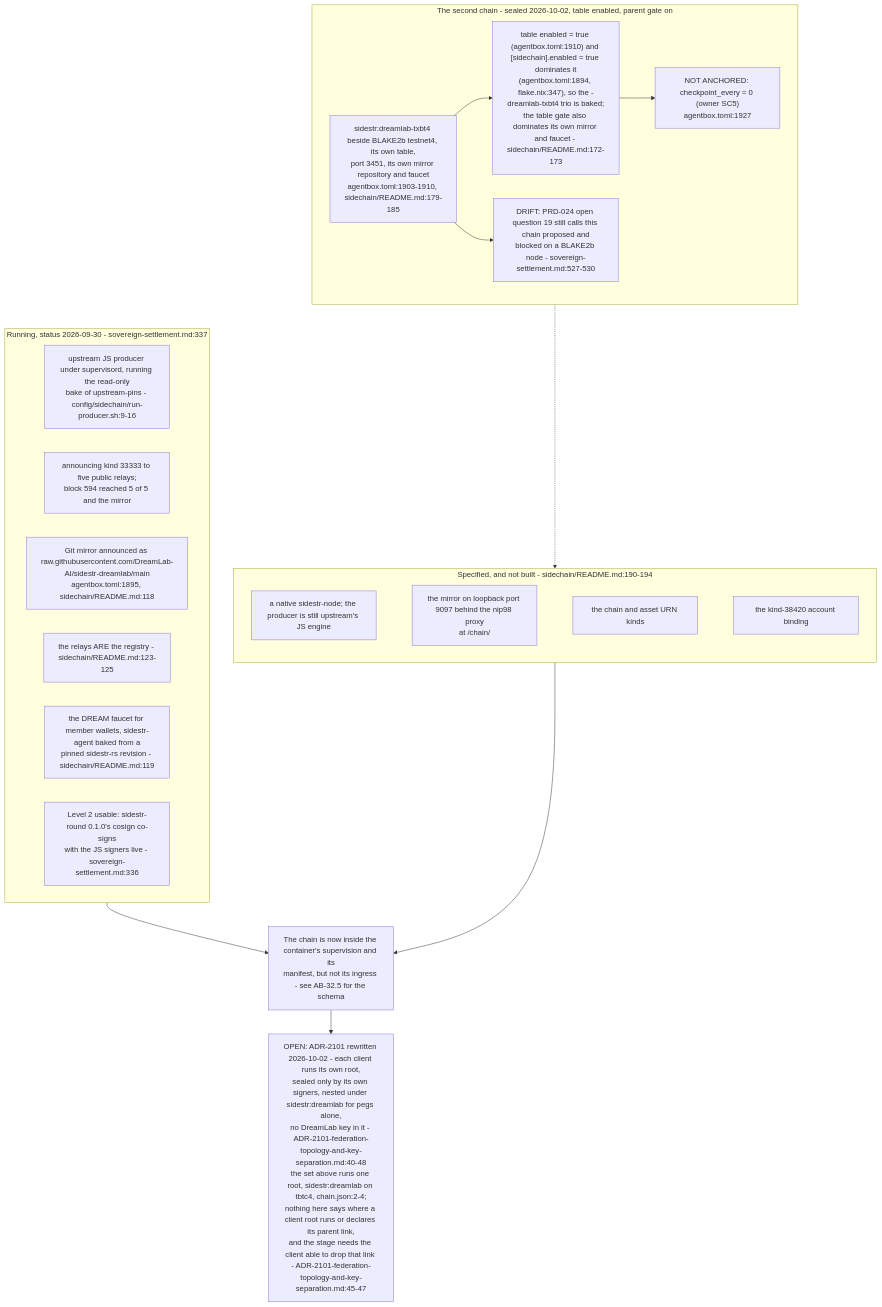
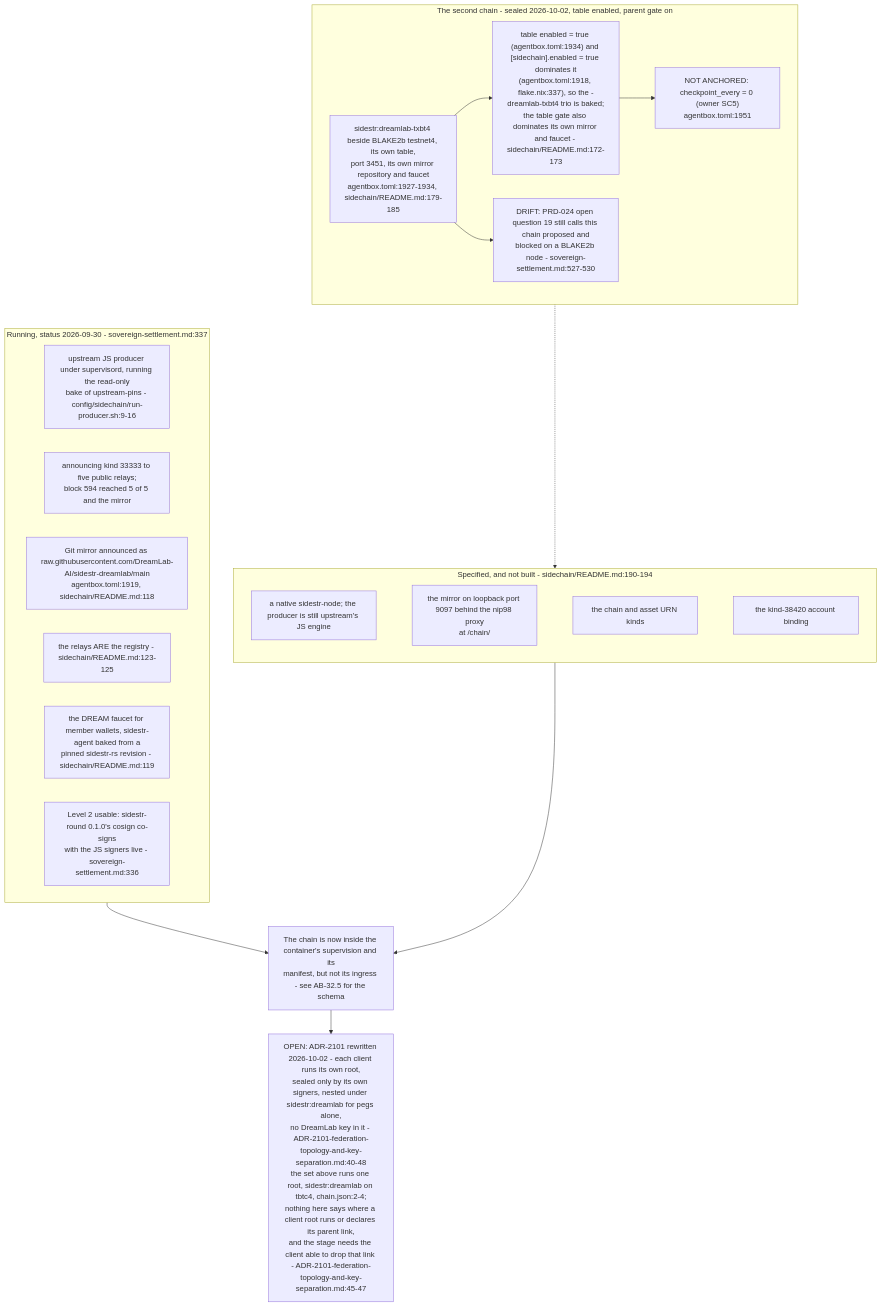
Before and after one commit to DreamLab-AI/VisionFlow: the fifth of 6 diagrams in docs/diagrams/agentbox/34-sidestr-interim-producer-and-mirror.md, drawn with Mermaid. The commit also changed other lines of this file and 145 other files, not shown here.

````diff
--- a/docs/diagrams/agentbox/34-sidestr-interim-producer-and-mirror.md
+++ b/docs/diagrams/agentbox/34-sidestr-interim-producer-and-mirror.md
@@ -214,30 +214,30 @@
 ```mermaid
 flowchart TB
     subgraph now["Running, status 2026-09-30 - sovereign-settlement.md:337"]
         N1["upstream JS producer under supervisord, running the read-only<br/>bake of upstream-pins - config/sidechain/run-producer.sh:9-16"]
         N2["announcing kind 33333 to five public relays;<br/>block 594 reached 5 of 5 and the mirror"]
-        N3["Git mirror announced as raw.githubusercontent.com/DreamLab-AI/sidestr-dreamlab/main<br/>agentbox.toml:1895, sidechain/README.md:118"]
+        N3["Git mirror announced as raw.githubusercontent.com/DreamLab-AI/sidestr-dreamlab/main<br/>agentbox.toml:1919, sidechain/README.md:118"]
         N4["the relays ARE the registry - sidechain/README.md:123-125"]
         N5["the DREAM faucet for member wallets, sidestr-agent baked from a<br/>pinned sidestr-rs revision - sidechain/README.md:119"]
         N6["Level 2 usable: sidestr-round 0.1.0's cosign co-signs<br/>with the JS signers live - sovereign-settlement.md:336"]
     end
     subgraph spec["Specified, and not built - sidechain/README.md:190-194"]
         S2["a native sidestr-node; the producer is still upstream's JS engine"]
         S3["the mirror on loopback port 9097 behind the nip98 proxy<br/>at /chain/"]
         S4["the chain and asset URN kinds"]
         S5["the kind-38420 account binding"]
         S2 ~~~ S3 ~~~ S4 ~~~ S5
     end
     subgraph next["The second chain - sealed 2026-10-02, table enabled, parent gate on"]
-        X1["sidestr:dreamlab-txbt4 beside BLAKE2b testnet4, its own table,<br/>port 3451, its own mirror repository and faucet<br/>agentbox.toml:1903-1910, sidechain/README.md:179-185"]
-        X2["table enabled = true (agentbox.toml:1910) and [sidechain].enabled = true dominates it<br/>(agentbox.toml:1894, flake.nix:347), so the -dreamlab-txbt4 trio is baked;<br/>the table gate also dominates its own mirror and faucet - sidechain/README.md:172-173"]
-        X3["NOT ANCHORED: checkpoint_every = 0 (owner SC5)<br/>agentbox.toml:1927"]
+        X1["sidestr:dreamlab-txbt4 beside BLAKE2b testnet4, its own table,<br/>port 3451, its own mirror repository and faucet<br/>agentbox.toml:1927-1934, sidechain/README.md:179-185"]
+        X2["table enabled = true (agentbox.toml:1934) and [sidechain].enabled = true dominates it<br/>(agentbox.toml:1918, flake.nix:337), so the -dreamlab-txbt4 trio is baked;<br/>the table gate also dominates its own mirror and faucet - sidechain/README.md:172-173"]
+        X3["NOT ANCHORED: checkpoint_every = 0 (owner SC5)<br/>agentbox.toml:1951"]
         X4["DRIFT: PRD-024 open question 19 still calls this chain proposed and<br/>blocked on a BLAKE2b node - sovereign-settlement.md:527-530"]
         X1 --> X2 --> X3
         X1 --> X4
     end
     now --> GAP["The chain is now inside the container's supervision and its<br/>manifest, but not its ingress - see AB-32.5 for the schema"]
     spec --> GAP
     next -.-> spec
     GAP --> FED["OPEN: ADR-2101 rewritten 2026-10-02 - each client runs its own root,<br/>sealed only by its own signers, nested under sidestr:dreamlab for pegs alone,<br/>no DreamLab key in it - ADR-2101-federation-topology-and-key-separation.md:40-48<br/>the set above runs one root, sidestr:dreamlab on tbtc4, chain.json:2-4;<br/>nothing here says where a client root runs or declares its parent link,<br/>and the stage needs the client able to drop that link - ADR-2101-federation-topology-and-key-separation.md:45-47"]
 ```
````
